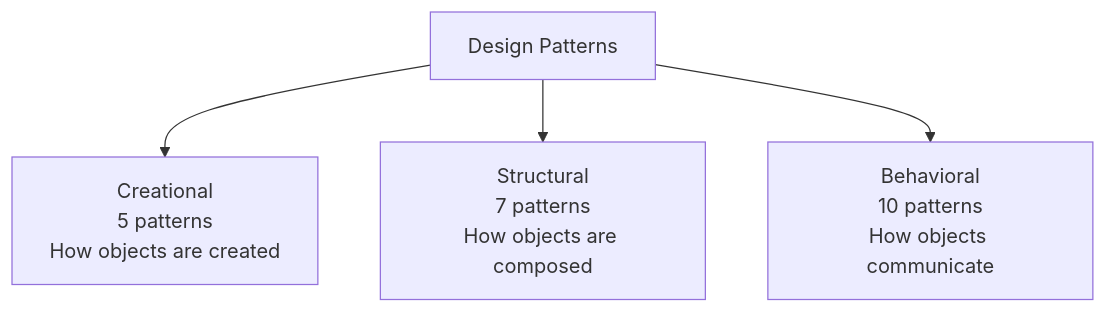
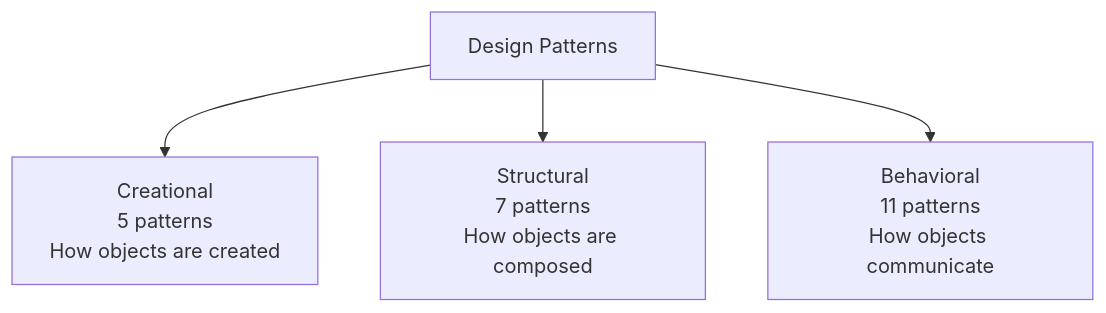
The diagram in Roadmap/Programming-Languages/design-patterns/README.md (BakhodiribnYashinibnMansur/SeniorProject), drawn with Mermaid before and after one commit. The commit also changed other lines of this file and 9 other files, not shown here.

````diff
--- a/Roadmap/Programming-Languages/design-patterns/README.md
+++ b/Roadmap/Programming-Languages/design-patterns/README.md
@@ -41,7 +41,7 @@
 ```mermaid
 graph TD
     DP[Design Patterns]
     DP --> C[Creational<br/>5 patterns<br/>How objects are created]
     DP --> S[Structural<br/>7 patterns<br/>How objects are composed]
-    DP --> B[Behavioral<br/>10 patterns<br/>How objects communicate]
+    DP --> B[Behavioral<br/>11 patterns<br/>How objects communicate]
 ```
````
